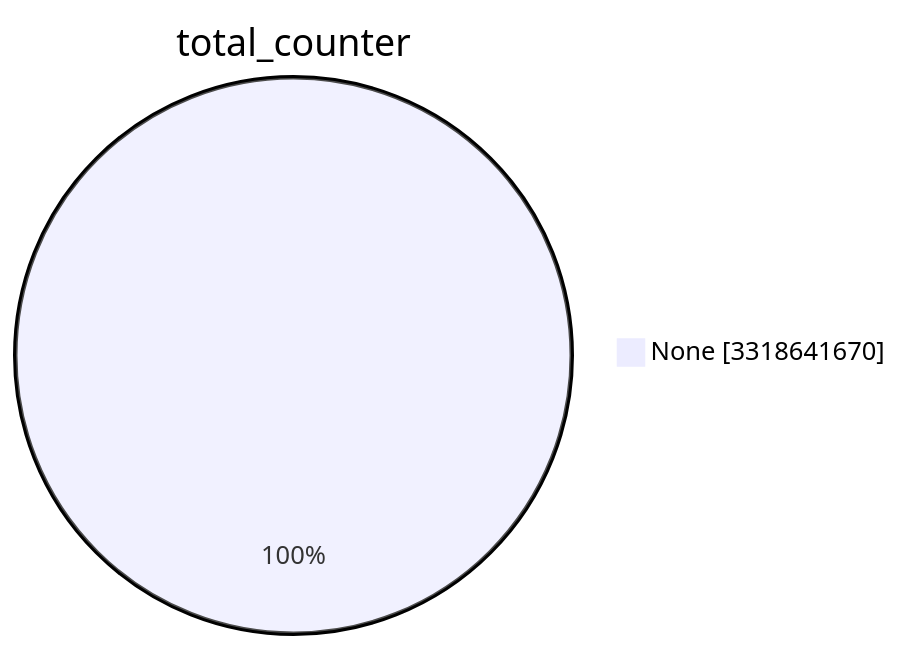
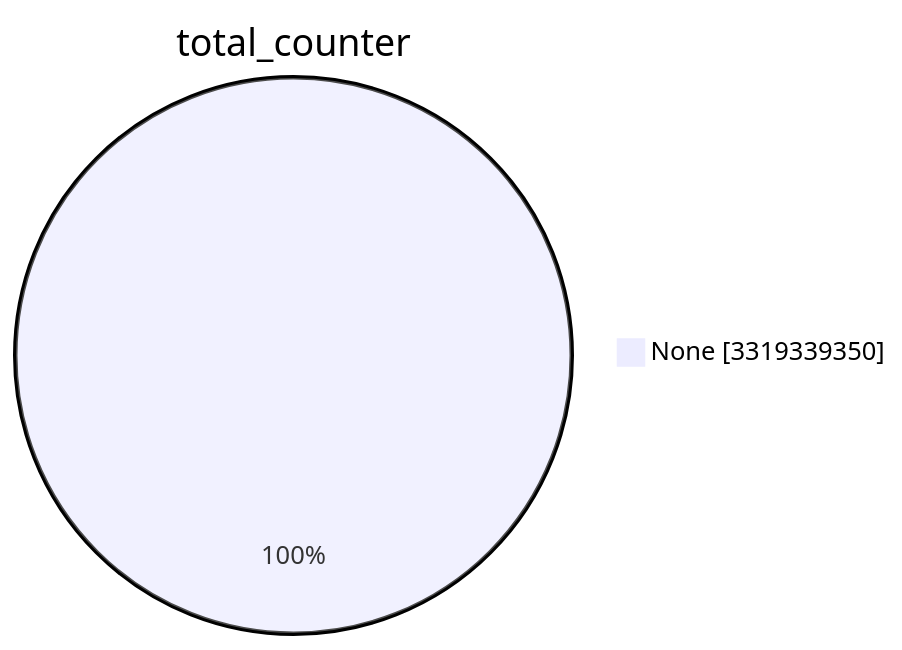
Before and after one commit to christiankrug/ctmonitor_visualization: the first of 15 diagrams in TOTAL/README.md, drawn with Mermaid. The commit also changed other lines of this file, not shown here.

````diff
--- a/TOTAL/README.md
+++ b/TOTAL/README.md
@@ -1,5 +1,5 @@
 ```mermaid
 pie showData
 title total_counter
-"None" :3318641670
+"None" :3319339350
 ```
````
